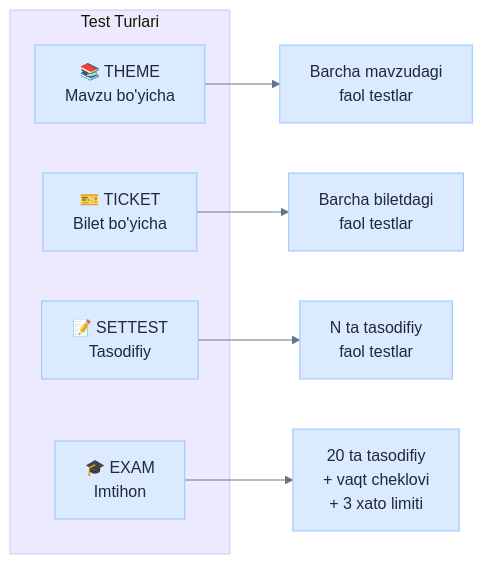
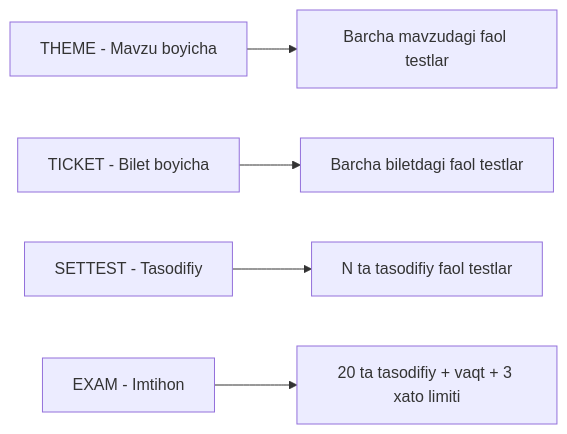
The sixth of 18 diagrams in README.md (khismoiloff/BrpAvtoTest), drawn with Mermaid before and after one commit. The commit also changed other lines of this file, not shown here.

````diff
--- a/README.md
+++ b/README.md
@@ -303,15 +303,8 @@
 ```mermaid
-%%{init: {'theme': 'base', 'themeVariables': {'background': '#ffffff', 'primaryColor': '#dbeafe', 'primaryTextColor': '#1e293b', 'primaryBorderColor': '#93c5fd', 'lineColor': '#64748b', 'secondaryColor': '#fef3c7', 'tertiaryColor': '#ede9fe', 'fontFamily': 'sans-serif'}}}%%
+%%{init: {'theme': 'default'}}%%
 graph LR
-    subgraph "Test Turlari"
-        T1["📚 THEME<br/>Mavzu bo'yicha"]
-        T2["🎫 TICKET<br/>Bilet bo'yicha"]
-        T3["📝 SETTEST<br/>Tasodifiy"]
-        T4["🎓 EXAM<br/>Imtihon"]
-    end
-
-    T1 --> R1["Barcha mavzudagi<br/>faol testlar"]
-    T2 --> R2["Barcha biletdagi<br/>faol testlar"]
-    T3 --> R3["N ta tasodifiy<br/>faol testlar"]
-    T4 --> R4["20 ta tasodifiy<br/>+ vaqt cheklovi<br/>+ 3 xato limiti"]
+    T1[THEME - Mavzu boyicha] --> R1[Barcha mavzudagi faol testlar]
+    T2[TICKET - Bilet boyicha] --> R2[Barcha biletdagi faol testlar]
+    T3[SETTEST - Tasodifiy] --> R3[N ta tasodifiy faol testlar]
+    T4[EXAM - Imtihon] --> R4[20 ta tasodifiy + vaqt + 3 xato limiti]
 ```
````
